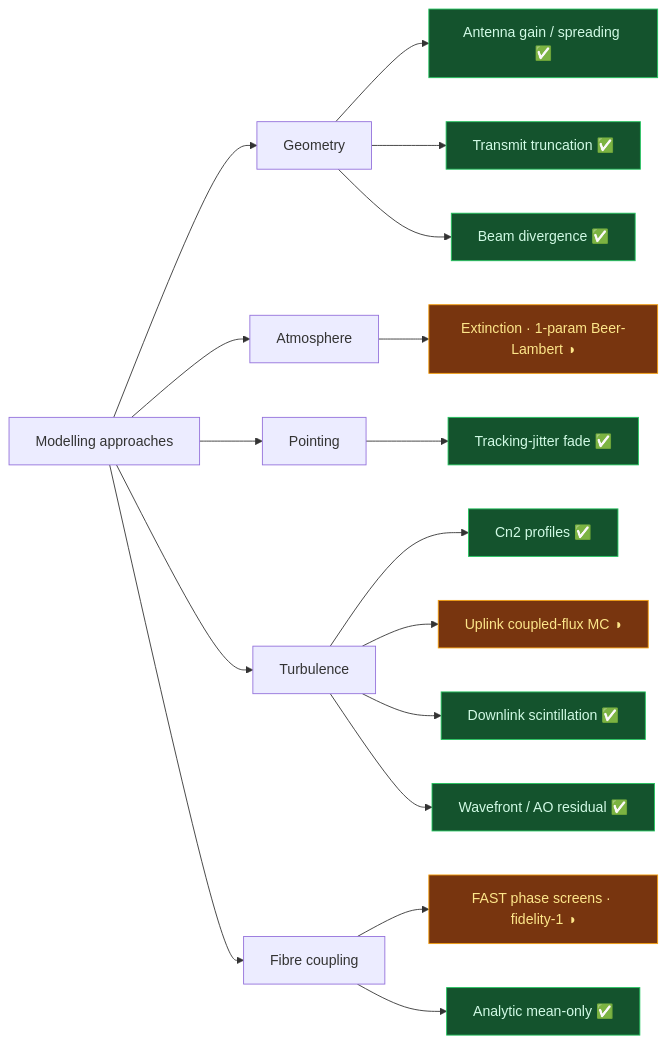
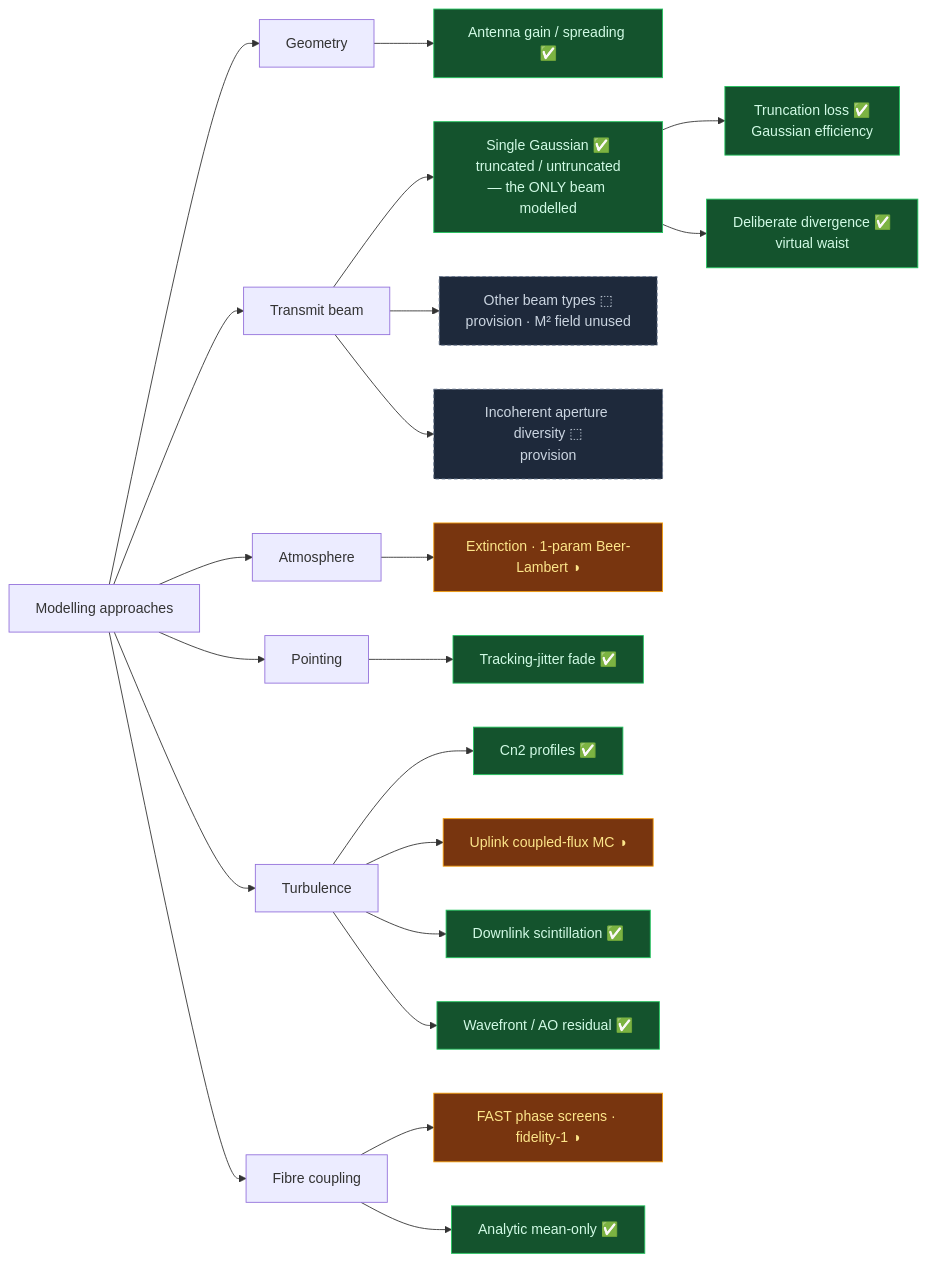
Before and after one commit to bigfraw/optical_link_budget: the second of 4 diagrams in README.md, drawn with Mermaid. The commit also changed other lines of this file, not shown here.

Commit message:
Fix README Quickstart to the Terminal/Scenario API; add branching roadmap with fidelity ladder

````diff
--- a/README.md
+++ b/README.md
@@ -112,29 +112,34 @@
 ```mermaid
 flowchart LR
   A["Modelling approaches"]
 
   A --> GEO["Geometry"]
   GEO --> G1["Antenna gain / spreading ✅"]:::done
-  GEO --> G2["Transmit truncation ✅"]:::done
-  GEO --> G3["Beam divergence ✅"]:::done
+
+  A --> TXB["Transmit beam"]
+  TXB --> TB0["Single Gaussian ✅<br/>truncated / untruncated<br/>— the ONLY beam modelled"]:::done
+  TB0 --> TB1["Truncation loss ✅<br/>Gaussian efficiency"]:::done
+  TB0 --> TB2["Deliberate divergence ✅<br/>virtual waist"]:::done
+  TXB --> TB3["Other beam types ⬚<br/>provision · M² field unused"]:::planned
+  TXB --> TB4["Incoherent aperture diversity ⬚<br/>provision"]:::planned
 
   A --> ATM["Atmosphere"]
   ATM --> M1["Extinction · 1-param Beer-Lambert ◑"]:::partial
 
   A --> PNT["Pointing"]
   PNT --> P1["Tracking-jitter fade ✅"]:::done
 
   A --> TUR["Turbulence"]
   TUR --> T1["Cn2 profiles ✅"]:::done
   TUR --> T2["Uplink coupled-flux MC ◑"]:::partial
   TUR --> T3["Downlink scintillation ✅"]:::done
   TUR --> T4["Wavefront / AO residual ✅"]:::done
 
   A --> FIB["Fibre coupling"]
   FIB --> F1["FAST phase screens · fidelity-1 ◑"]:::partial
   FIB --> F2["Analytic mean-only ✅"]:::done
 
   classDef done fill:#14532d,color:#d1fae5,stroke:#22c55e;
   classDef partial fill:#78350f,color:#fde68a,stroke:#f59e0b;
   classDef planned fill:#1e293b,color:#cbd5e1,stroke:#64748b,stroke-dasharray:4 3;
 ```
````
